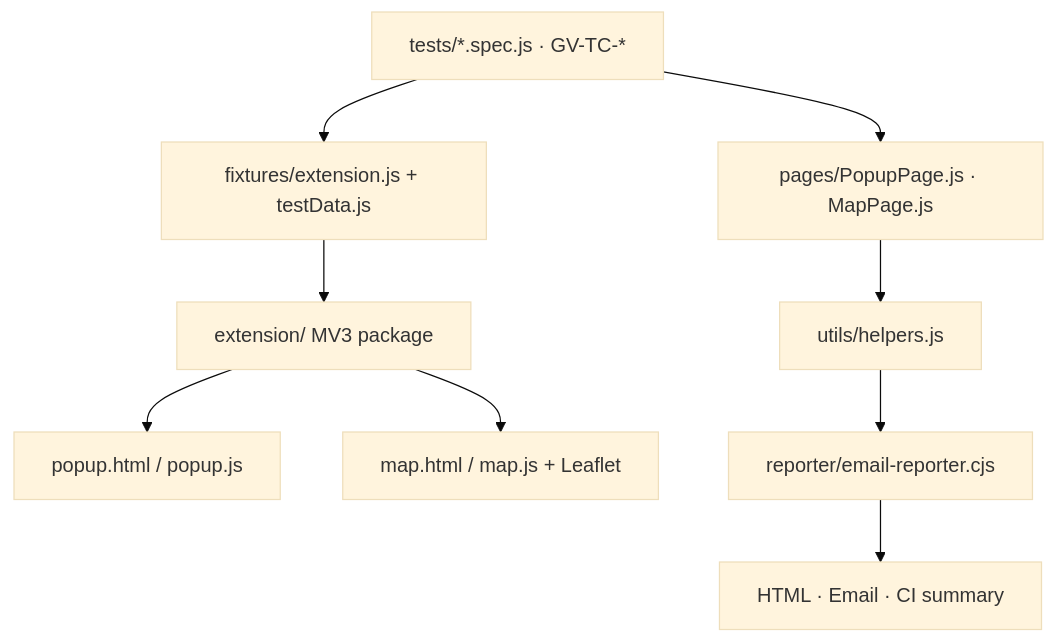
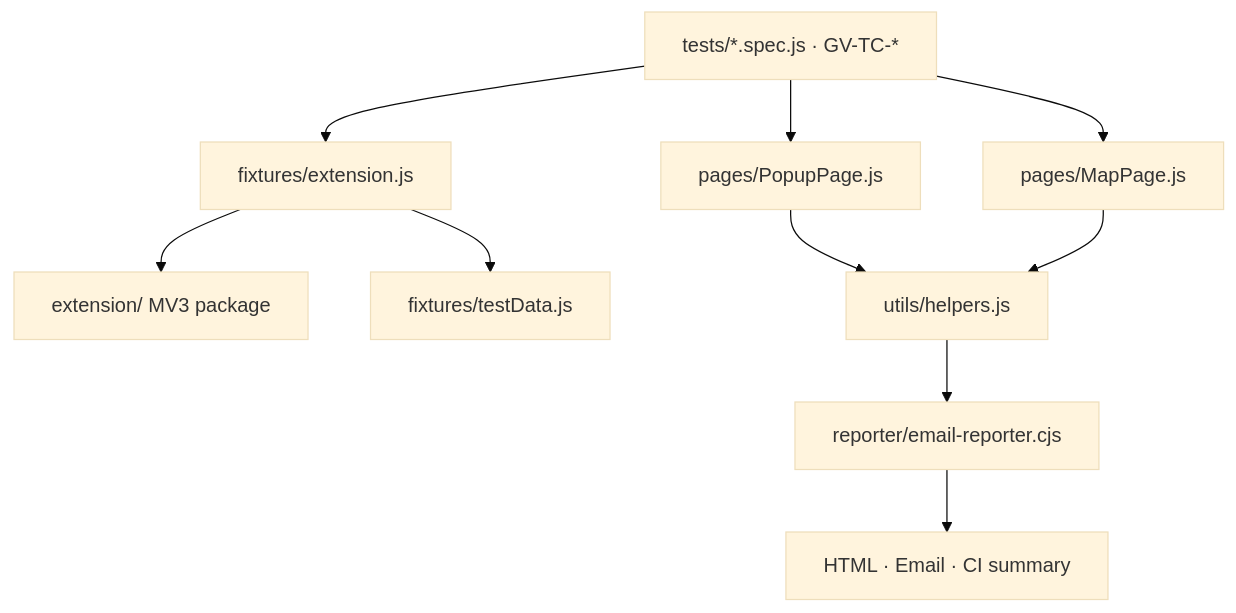
One commit to GeoWGS84-Testing/Mrsid-Extension changed the second of 38 diagrams in README.md. Above: the diagram before and after it, drawn with Mermaid (base theme). The commit also changed other lines of this file, not shown here.

````diff
--- a/README.md
+++ b/README.md
@@ -129,11 +126,12 @@
 ```mermaid
 flowchart TB
-  Tests[tests/*.spec.js · GV-TC-*] --> Fixtures[fixtures/extension.js + testData.js]
-  Fixtures --> Ext[extension/ MV3 package]
-  Ext --> Popup[popup.html / popup.js]
-  Ext --> Map[map.html / map.js + Leaflet]
-  Tests --> Pages[pages/PopupPage.js · MapPage.js]
-  Pages --> Utils[utils/helpers.js]
-  Utils --> Reporter[reporter/email-reporter.cjs]
-  Reporter --> Out[HTML · Email · CI summary]
+  T[tests/*.spec.js · GV-TC-*] --> F[fixtures/extension.js]
+  F --> EXT[extension/ MV3 package]
+  T --> P[pages/PopupPage.js]
+  T --> M[pages/MapPage.js]
+  P --> H[utils/helpers.js]
+  M --> H
+  F --> D[fixtures/testData.js]
+  H --> R[reporter/email-reporter.cjs]
+  R --> OUT[HTML · Email · CI summary]
 ```
````
